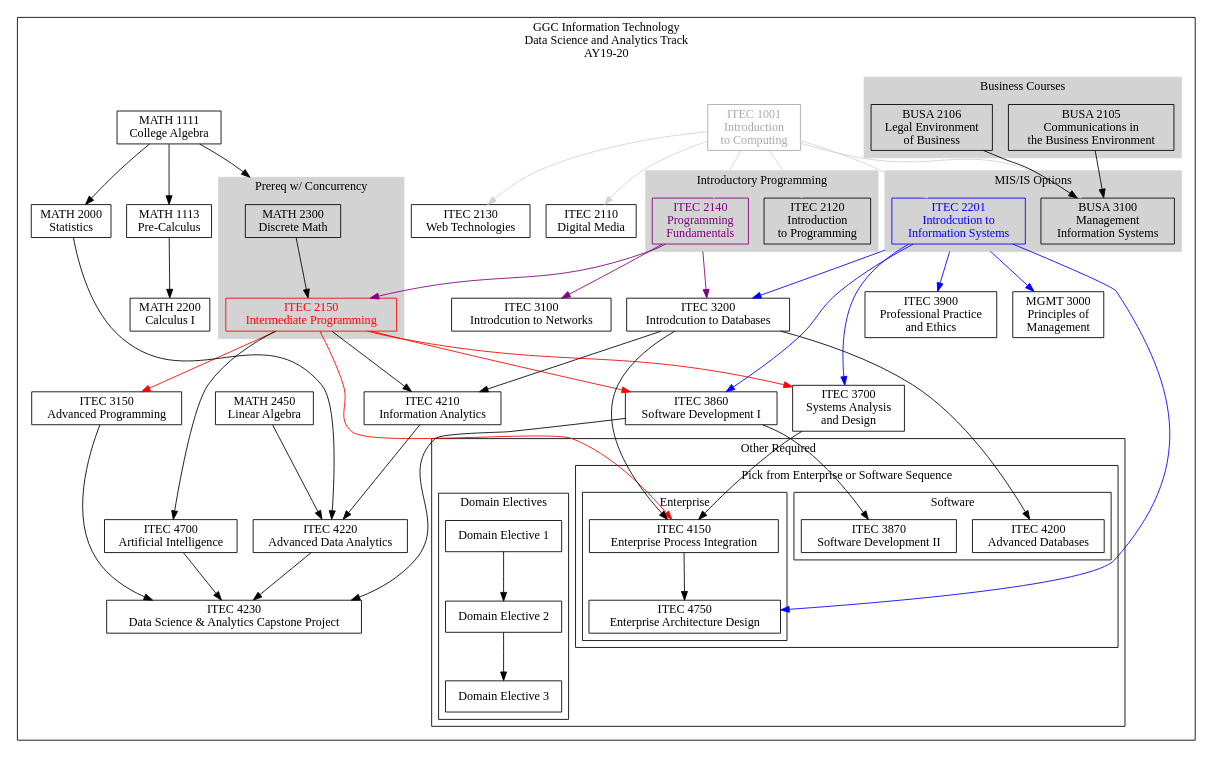
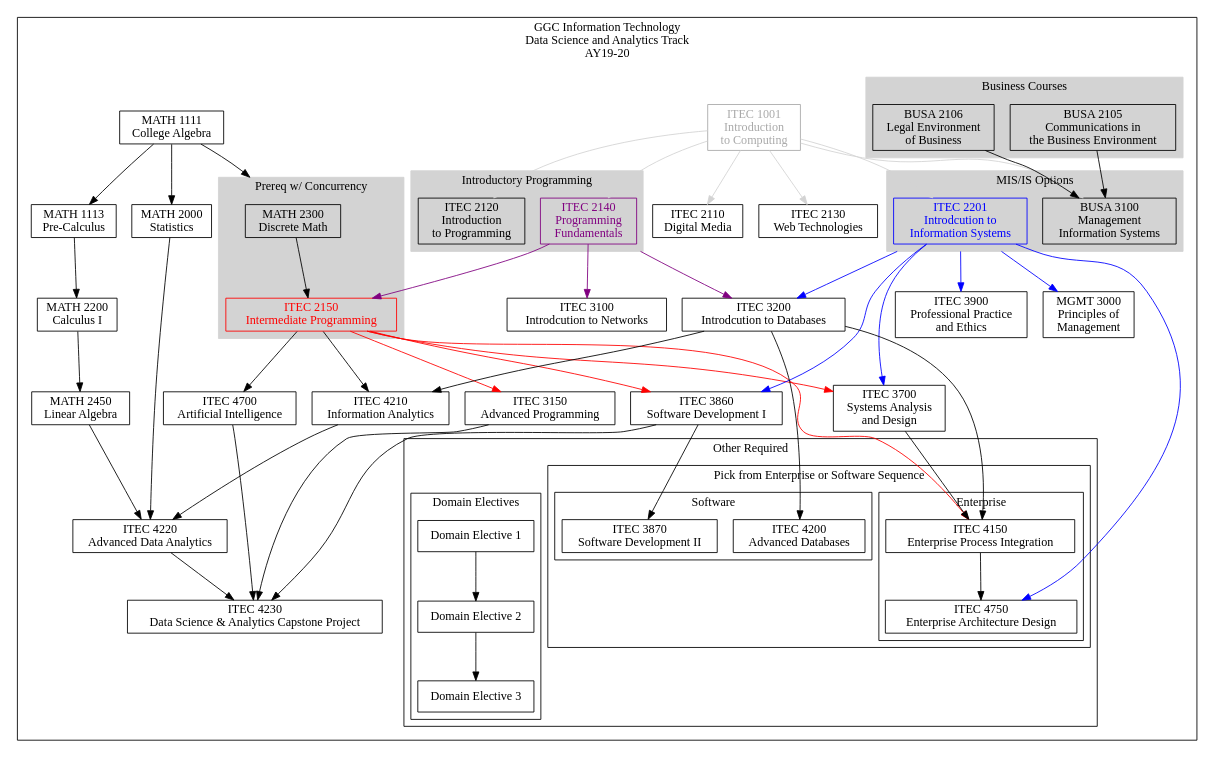
One commit to rjlutz/itec-plans changed the diagram in AY19-20/DataScienceAndAnalytics.dot. Above: the diagram before and after it, drawn with Graphviz. The commit also changed 7 other files, not shown here.

```diff
--- a/AY19-20/DataScienceAndAnalytics.dot
+++ b/AY19-20/DataScienceAndAnalytics.dot
@@ -1,167 +1,168 @@
 digraph G {
 
     node [shape = record, fontname="Sans serif" fontsize="14"];
     compound = true //  needed to link clusters and nodes
     splines = true
     ranksep=0.75
 
      // All
     itec1001[label = "ITEC 1001\nIntroduction \nto Computing" color=darkgray fontcolor=darkgray]
     itec2110[label = "ITEC 2110\nDigital Media"]
     itec2120[label = "ITEC 2120\nIntroduction\nto Programming"]
     itec2130[label = "ITEC 2130\nWeb Technologies"]
     itec2140[label = "ITEC 2140\nProgramming \nFundamentals" color=purple fontcolor=purple]
     itec2150[label = "ITEC 2150\nIntermediate Programming" color=red fontcolor=red]
     itec2201[label = "ITEC 2201\nIntrodcution to\nInformation Systems" color=blue fontcolor=blue]
     itec3100[label = "ITEC 3100\nIntrodcution to Networks"]
     itec3200[label = "ITEC 3200\nIntrodcution to Databases"]
     itec3900[label = "ITEC 3900\nProfessional Practice\nand Ethics"]
     busa2105[label = "BUSA 2105\nCommunications in\nthe Business Environment"]
     busa2106[label = "BUSA 2106\nLegal Environment\nof Business"]
     busa3100[label = "BUSA 3100\nManagement \nInformation Systems"]
     math1111[label = "MATH 1111\nCollege Algebra"]
     math1113[label = "MATH 1113\nPre-Calculus"]
     math2300[label = "MATH 2300\nDiscrete Math"]
     math2000[label = "MATH 2000\nStatistics"]
     math2200[label = "MATH 2200\nCalculus I"]
     mgmt3000[label = "MGMT 3000\nPrinciples of\nManagement"]
 
     // Data Science and Analytics
     itec3150[label = "ITEC 3150\nAdvanced Programming"]
     itec3700[label = "ITEC 3700\nSystems Analysis\nand Design"]
     itec3860[label = "ITEC 3860\nSoftware Development I"]
     itec3870[label = "ITEC 3870\nSoftware Development II"]
     itec4150[label = "ITEC 4150\nEnterprise Process Integration"]
     itec4200[label = "ITEC 4200\nAdvanced Databases"]
     itec4210[label = "ITEC 4210\nInformation Analytics"]
     itec4220[label = "ITEC 4220\nAdvanced Data Analytics"]
     itec4230[label = "ITEC 4230\nData Science & Analytics Capstone Project"]
     itec4750[label = "ITEC 4750\nEnterprise Architecture Design"]
     itec4700[label = "ITEC 4700\nArtificial Intelligence"]
     domain1[label = "Domain Elective 1"]
     domain2[label = "Domain Elective 2"]
     domain3[label = "Domain Elective 3"]
     math2450[label = "MATH 2450\nLinear Algebra"]
 
 
     subgraph clusterdsa {
         label="GGC Information Technology\nData Science and Analytics Track\nAY19-20"
 
         subgraph clusterrequired {
             label=""
             node [style=filled];
             style=filled;
 
             color="#FFFFFF";
 
             itec1001 -> itec2110 [color=lightgray]
 
             itec1001 -> itec2120 [color=lightgray]
             itec1001 -> itec2130 [color=lightgray]
             itec1001 -> itec2201 [color=lightgray]
             itec1001 -> busa3100 [color=lightgray]
             itec2140 -> itec2150 [color=purple]
             itec2140 -> itec3100 [color=purple]
             itec2201 -> itec3200 [ltail=cluster22013100 color=blue]
             itec2140 -> itec3200 [ltail=cluster21202140 color=purple]
             itec2201 -> mgmt3000 [ltail=cluster22013100 color=blue]
 
             itec2150 -> itec4150 [color=red]
             itec3200 -> itec4150
             itec3700 -> itec4150
             itec2201 -> itec4750 [color=blue]
             itec4150 -> itec4750
             
             busa2106 -> busa3100
             busa2105 -> busa3100
             itec1001 -> itec2140 [color=lightgray]
             itec2150 -> itec3150 [lltail=clusterdiscrete color=red]
 
             itec2150 -> itec3700 [lltail=clusterdiscrete color=red]
             itec2201 -> itec3700 [color=blue]
 
             itec2150 -> itec3860 [color=red]
             itec2201 -> itec3860 [color=blue]
             itec3860 -> itec3870
             itec2201 -> itec3900 [ltail=cluster22013100 color=blue]
             itec2150 -> itec4210
             itec3200 -> itec4210
             itec4210 -> itec4220
             math2000 -> itec4220
+            math2200 -> math2450
             math2450 -> itec4220
             itec3860 -> itec4230
             itec4220 -> itec4230
             itec3150 -> itec4230
             itec4700 -> itec4230
             itec2150 -> itec4700
 
             math1113 -> math2200
             math1111 -> math1113
             math1111 -> math2000
             math1111 -> math2300 [lhead=clusterdiscrete]
            
             itec3200 -> itec4200
 
             subgraph cluster21202140 {
                 label = "Introductory Programming";
                 color=lightgrey;
                 itec2120
                 itec2140
             }
             subgraph cluster22013100 {
                 label = "MIS/IS Options";
                 color=lightgrey;
                 busa3100
                 itec2201
             }
             subgraph cluster21052106 {
                 label = "Business Courses"
                 color=lightgrey;
                 busa2105
                 busa2106
             }
             
             subgraph clusterdiscrete {
                 label = "Prereq w/ Concurrency";
                 node [style=filled];
                 style=filled;
                 color=lightgrey;
                 math2300 -> itec2150
             }
 
             subgraph clusterotherrequired {
                 label = "Other Required"
                 node [style=filled];
                 style=filled;
                 graph[style=solid]
                 color=black;
 
 
                 subgraph clusteritecoptions {
                     label = "Pick from Enterprise or Software Sequence"
                     node [style=filled];
                     style=filled;
                     graph[style=solid]
                     color=black;
 
                     subgraph clusteritecopt1 {
                         label = "Enterprise";
                         itec4150
                         itec4750
                     }
 
                     subgraph clusteritecopt2 {
                         label = "Software";
                         itec3870
                         itec4200
                     }
                 }
 
                 subgraph clusterdomain {
                     label = "Domain Electives";
                     domain1 -> domain2 -> domain3
                 }               
             }
         }    
     }
 }
```
